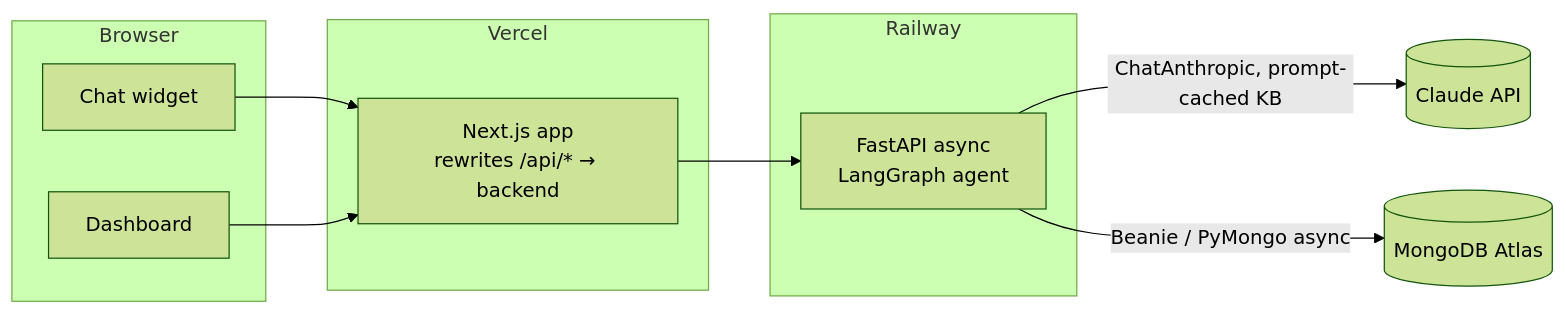
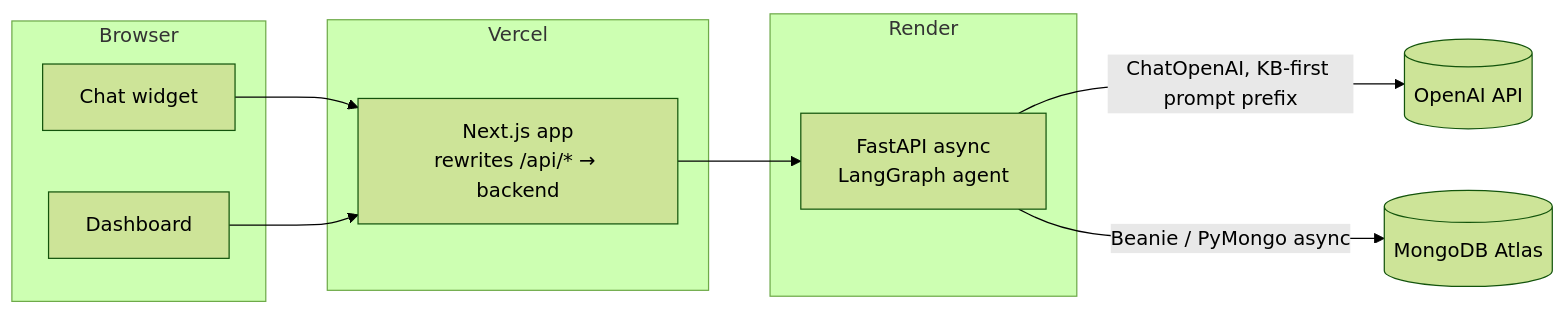
One commit to alpha5611331/bright-smile-dental-agent changed the third of 3 diagrams in SPEC.md. Above: the diagram before and after it, drawn with Mermaid (forest theme). The commit also changed other lines of this file and 1 other file, not shown here.

First line of the commit message:
docs(spec): switch to OpenAI, Render, and loguru

````diff
--- a/SPEC.md
+++ b/SPEC.md
@@ -328,16 +328,16 @@
 ```mermaid
 flowchart LR
     subgraph Browser
         W[Chat widget]
         D[Dashboard]
     end
     subgraph Vercel
         N[Next.js app<br/>rewrites /api/* → backend]
     end
-    subgraph Railway
+    subgraph Render
         F[FastAPI async<br/>LangGraph agent]
     end
     W & D --> N --> F
-    F -->|ChatAnthropic, prompt-cached KB| C[(Claude API)]
+    F -->|ChatOpenAI, KB-first prompt prefix| C[(OpenAI API)]
     F -->|Beanie / PyMongo async| M[(MongoDB Atlas)]
 ```
````
